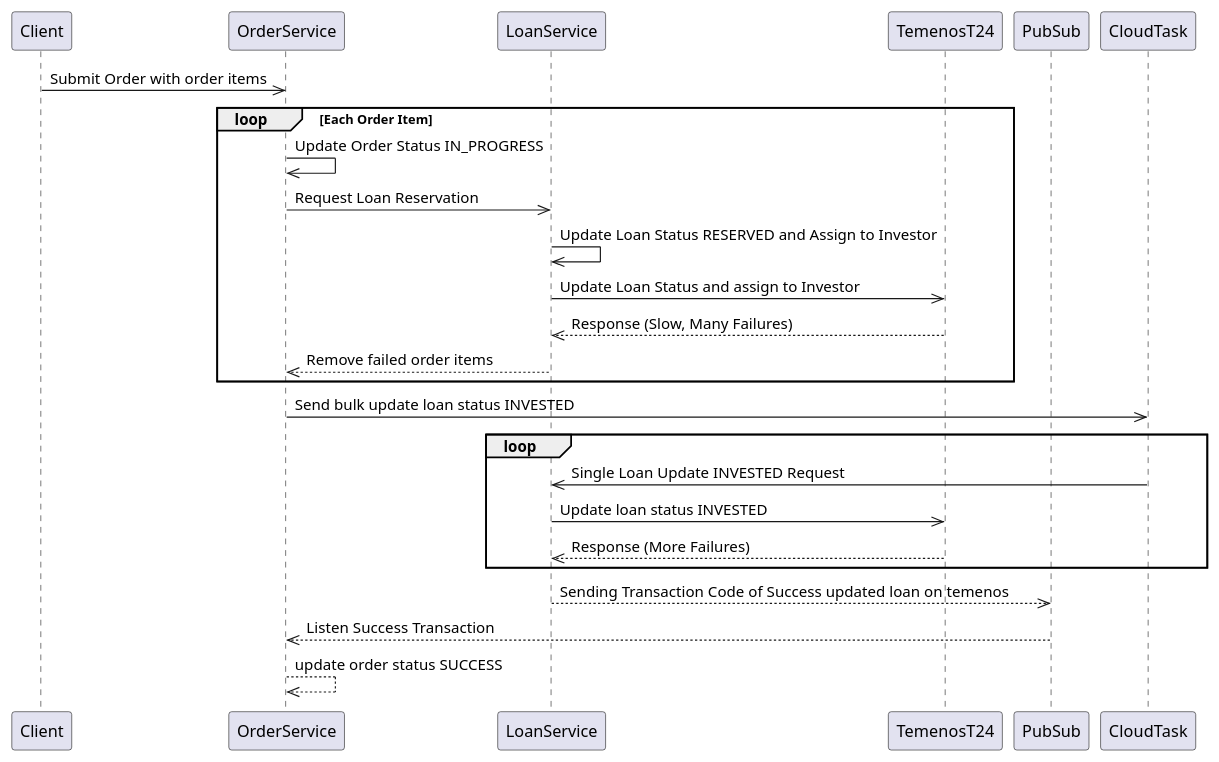
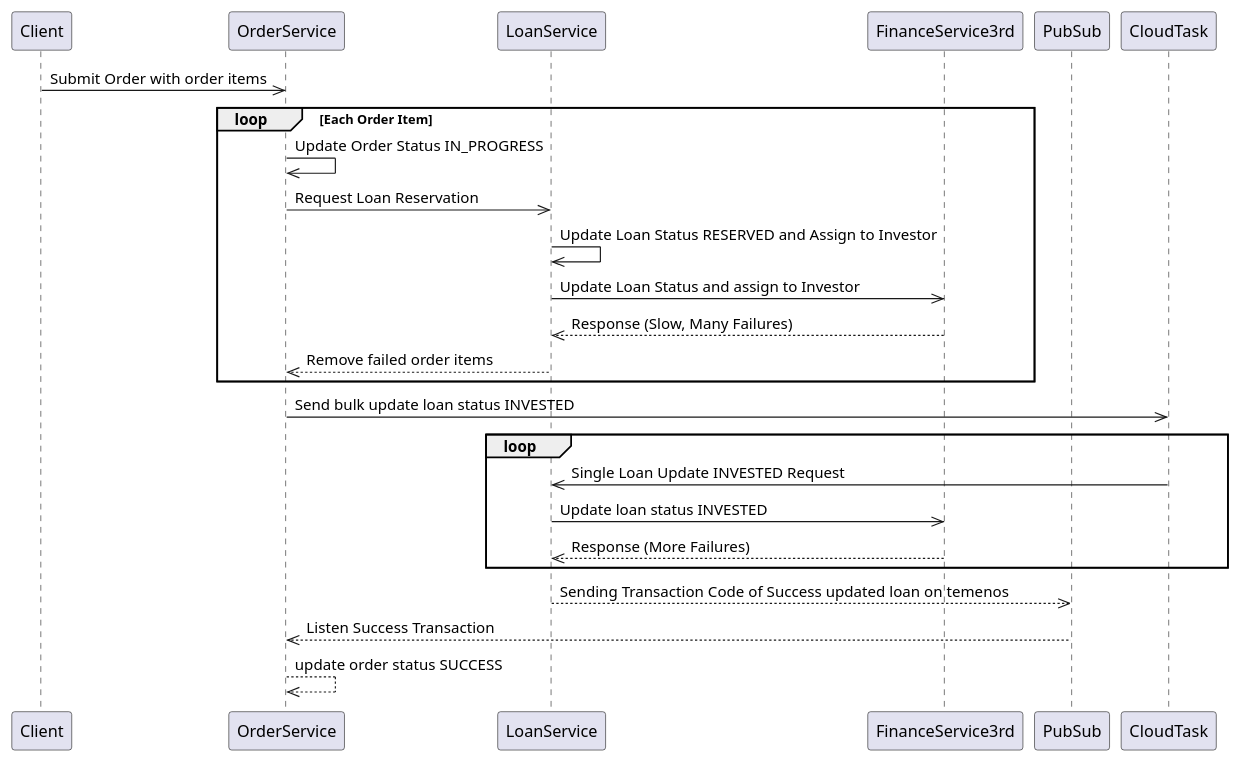
Before and after one commit to goesbams/order-system-design-problem: the diagram in existing-system.puml, drawn with PlantUML. The commit also changed 6 other files, not shown here.

Commit message:
docs: update name 3rd-party finance service

```diff
--- a/existing-system.puml
+++ b/existing-system.puml
@@ -1,28 +1,28 @@
 @startuml Order System
   participant Client
   participant OrderService
   participant LoanService
-  participant TemenosT24
+  participant FinanceService3rd
   participant PubSub
   
   Client->>OrderService: Submit Order with order items
   loop Each Order Item
       OrderService->>OrderService: Update Order Status IN_PROGRESS
       OrderService->>LoanService: Request Loan Reservation
       LoanService->>LoanService: Update Loan Status RESERVED and Assign to Investor
-      LoanService->>TemenosT24: Update Loan Status and assign to Investor
-      TemenosT24-->>LoanService: Response (Slow, Many Failures)
+      LoanService->>FinanceService3rd: Update Loan Status and assign to Investor
+      FinanceService3rd-->>LoanService: Response (Slow, Many Failures)
       LoanService-->>OrderService: Remove failed order items
   end
   OrderService->>CloudTask: Send bulk update loan status INVESTED
   
   loop
     CloudTask->>LoanService: Single Loan Update INVESTED Request
-    LoanService->>TemenosT24: Update loan status INVESTED
-    TemenosT24-->>LoanService: Response (More Failures)
+    LoanService->>FinanceService3rd: Update loan status INVESTED
+    FinanceService3rd-->>LoanService: Response (More Failures)
   end
   
   LoanService-->>PubSub: Sending Transaction Code of Success updated loan on temenos
   PubSub-->>OrderService: Listen Success Transaction
   OrderService-->>OrderService:  update order status SUCCESS
 @enduml
```
